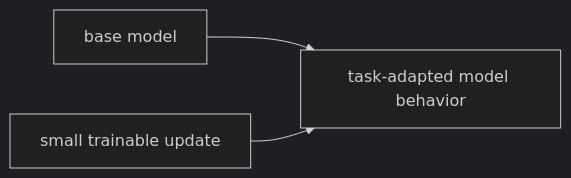
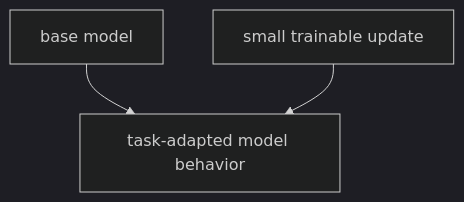
One commit to devchan64/AiBook changed the diagram in docs/parts/part-05/chapter-07/section-02.md. Above: the diagram before and after it, drawn with Mermaid (dark theme). The commit also changed 35 other files, not shown here.

Commit message:
docs(part-04,part-05): strengthen cases and diagrams

````diff
--- a/docs/parts/part-05/chapter-07/section-02.md
+++ b/docs/parts/part-05/chapter-07/section-02.md
@@ -121,9 +121,9 @@
 ```mermaid
-flowchart LR
+flowchart TD
   A["base model"]
   B["small trainable update"]
   C["task-adapted model behavior"]
 
   A --> C
   B --> C
 ```
````
